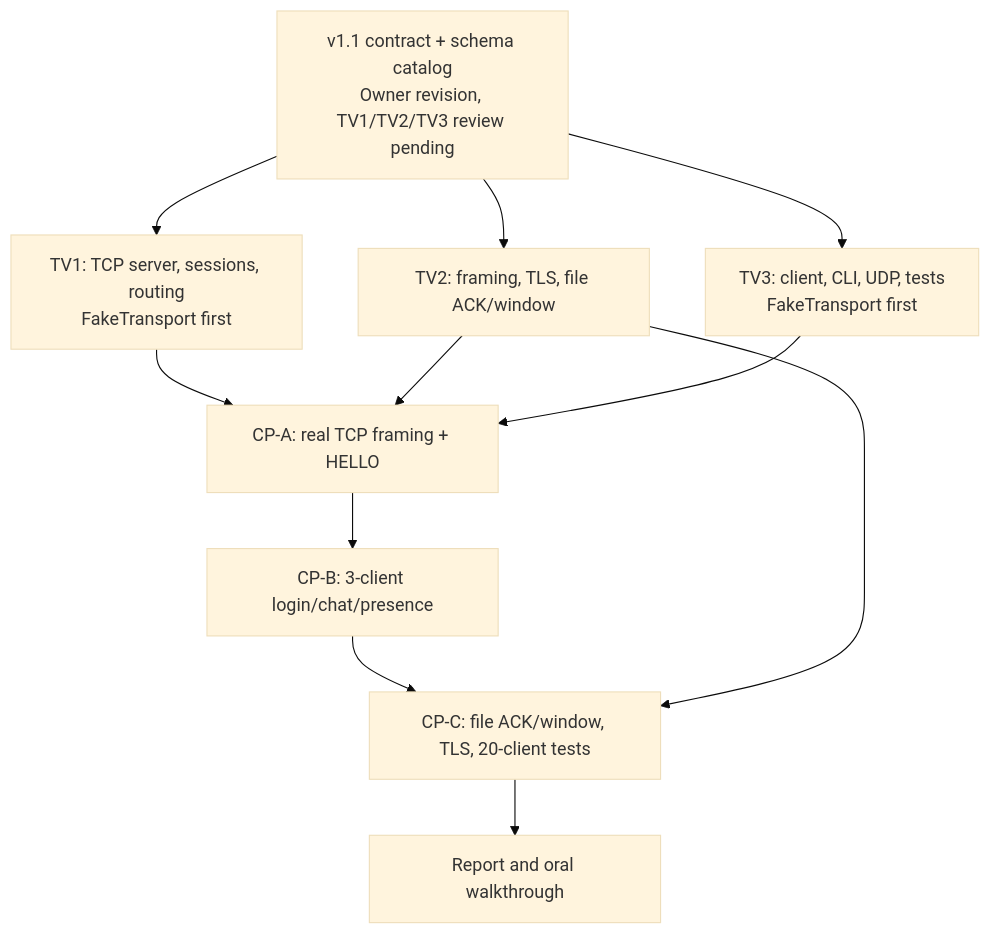
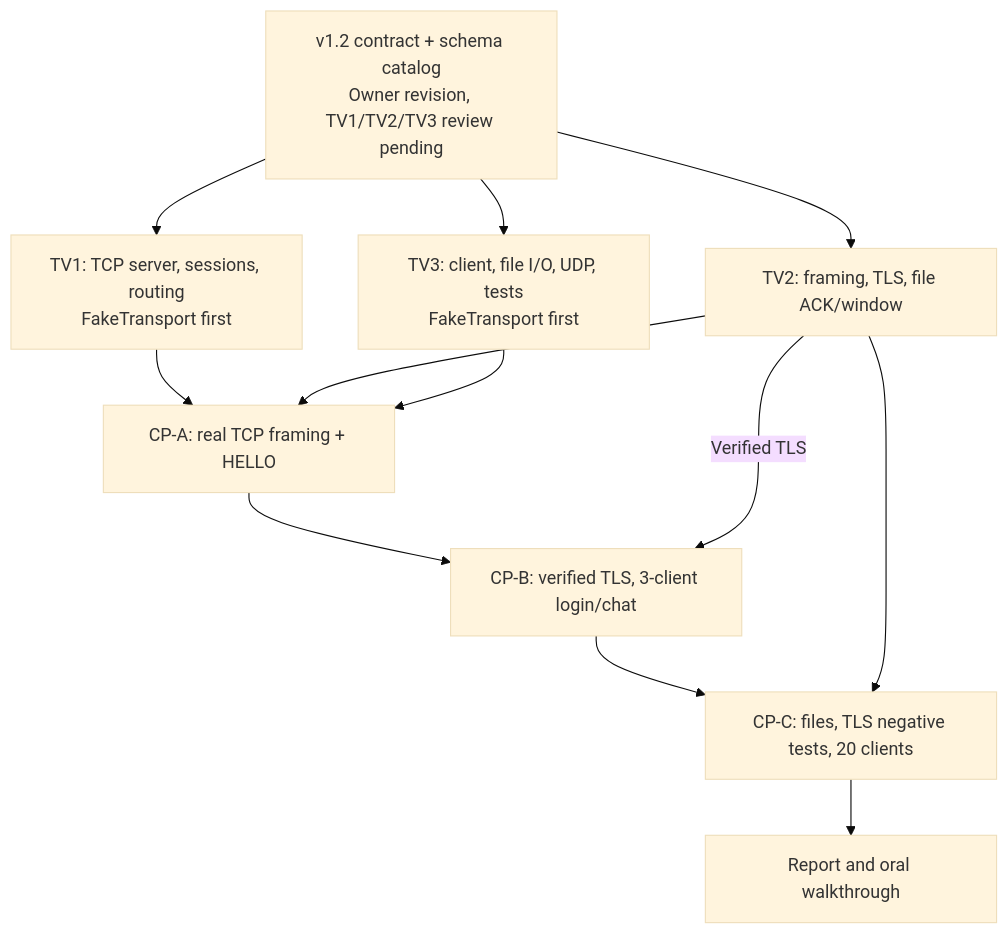
One commit to 1K-Keem/lan-collab changed the diagram in docs/diagrams/parallel-work-dependencies.md. Above: the diagram before and after it, drawn with Mermaid (base theme). The commit also changed other lines of this file and 18 other files, not shown here.

````diff
--- a/docs/diagrams/parallel-work-dependencies.md
+++ b/docs/diagrams/parallel-work-dependencies.md
@@ -3,21 +3,22 @@
 ```mermaid
 flowchart TB
-    P["v1.1 contract + schema catalog<br/>Owner revision, TV1/TV2/TV3 review pending"]
+    P["v1.2 contract + schema catalog<br/>Owner revision, TV1/TV2/TV3 review pending"]
     S["TV1: TCP server, sessions, routing<br/>FakeTransport first"]
     CODEC["TV2: framing, TLS, file ACK/window"]
-    C["TV3: client, CLI, UDP, tests<br/>FakeTransport first"]
+    C["TV3: client, file I/O, UDP, tests<br/>FakeTransport first"]
     A["CP-A: real TCP framing + HELLO"]
-    B["CP-B: 3-client login/chat/presence"]
-    D["CP-C: file ACK/window, TLS, 20-client tests"]
+    B["CP-B: verified TLS, 3-client login/chat"]
+    D["CP-C: files, TLS negative tests, 20 clients"]
     FINAL["Report and oral walkthrough"]
     P --> S
     P --> CODEC
     P --> C
     S --> A
     CODEC --> A
     C --> A
     A --> B
     B --> D
+    CODEC -->|Verified TLS| B
     CODEC --> D
     D --> FINAL
 ```
````
